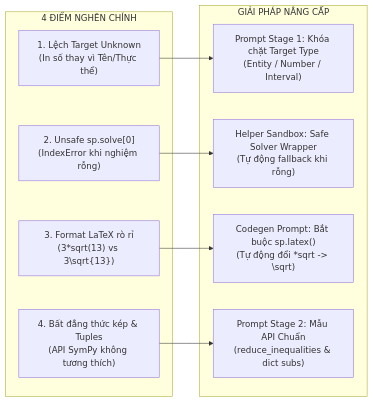
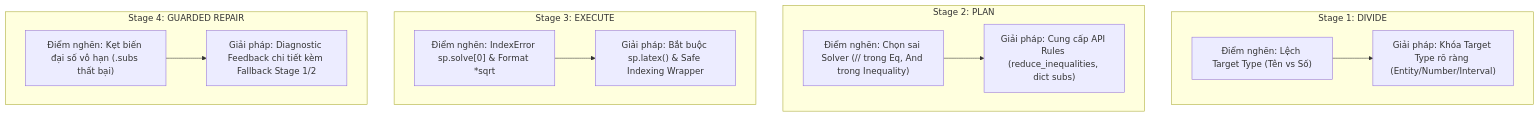
One commit to tapu25z/symcode changed the diagram in PHAN_TICH_RUN1_SYMPLANNER.md. Above: the diagram before and after it, drawn with Mermaid. The commit also changed other lines of this file, not shown here.

````diff
--- a/PHAN_TICH_RUN1_SYMPLANNER.md
+++ b/PHAN_TICH_RUN1_SYMPLANNER.md
@@ -135,16 +138,18 @@
 ```mermaid
-flowchart LR
-    subgraph BN["4 ĐIỂM NGHẼN CHÍNH"]
-        A["1. Lệch Target Unknown<br/>(In số thay vì Tên/Thực thể)"]
-        B["2. Unsafe sp.solve[0]<br/>(IndexError khi nghiệm rỗng)"]
-        C["3. Format LaTeX rò rỉ<br/>(3*sqrt(13) vs 3\sqrt{13})"]
-        D["4. Bất đẳng thức kép & Tuples<br/>(API SymPy không tương thích)"]
+flowchart TD
+    subgraph S1["Stage 1: DIVIDE"]
+        A["Điểm nghẽn: Lệch Target Type (Tên vs Số)"] --> B["Giải pháp: Khóa Target Type rõ ràng (Entity/Number/Interval)"]
     end
-    
-    subgraph SOL["GIẢI PHÁP NÂNG CẤP"]
-        A --> S1["Prompt Stage 1: Khóa chặt Target Type<br/>(Entity / Number / Interval)"]
-        B --> S2["Helper Sandbox: Safe Solver Wrapper<br/>(Tự động fallback khi rỗng)"]
-        C --> S3["Codegen Prompt: Bắt buộc sp.latex()<br/>(Tự động đổi *sqrt -> \sqrt)"]
-        D --> S4["Prompt Stage 2: Mẫu API Chuẩn<br/>(reduce_inequalities & dict subs)"]
+
+    subgraph S2["Stage 2: PLAN"]
+        C["Điểm nghẽn: Chọn sai Solver (// trong Eq, And trong Inequality)"] --> D["Giải pháp: Cung cấp API Rules (reduce_inequalities, dict subs)"]
+    end
+
+    subgraph S3["Stage 3: EXECUTE"]
+        E["Điểm nghẽn: IndexError sp.solve[0] & Format *sqrt"] --> F["Giải pháp: Bắt buộc sp.latex() & Safe Indexing Wrapper"]
+    end
+
+    subgraph S4["Stage 4: GUARDED REPAIR"]
+        G["Điểm nghẽn: Kẹt biến đại số vô hạn (.subs thất bại)"] --> H["Giải pháp: Diagnostic Feedback chi tiết kèm Fallback Stage 1/2"]
     end
 ```
````
